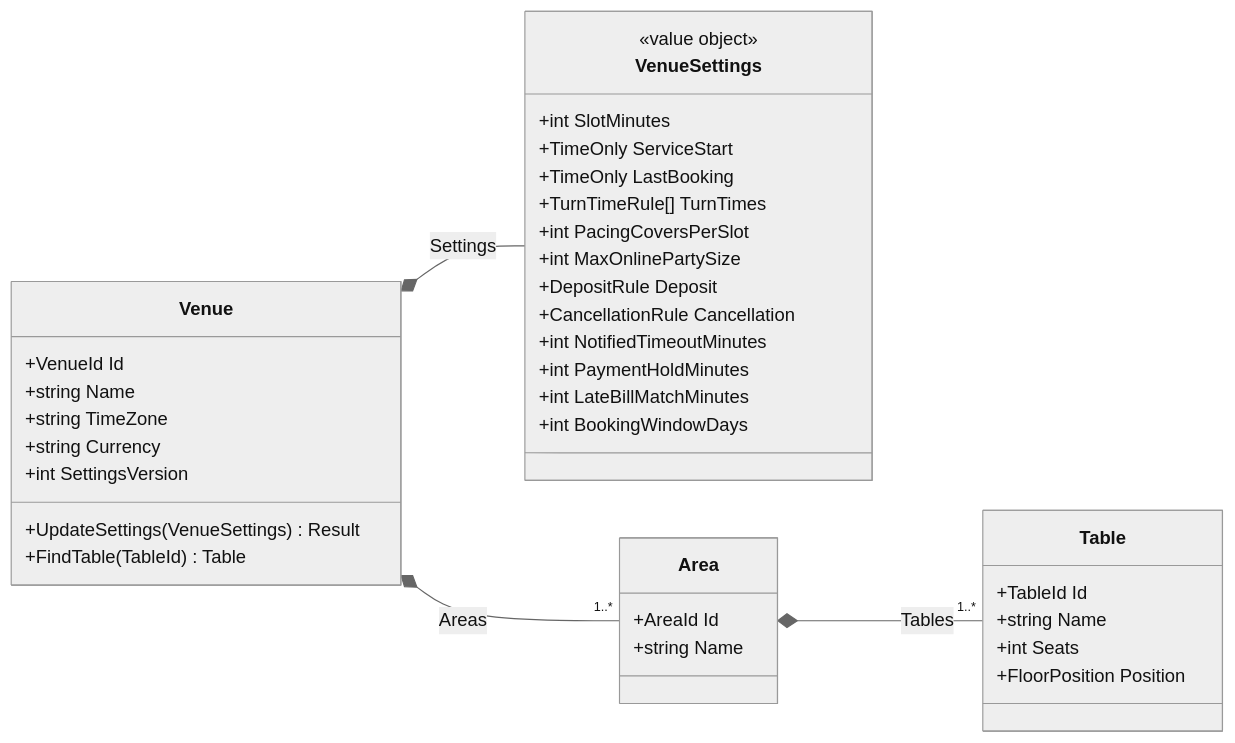
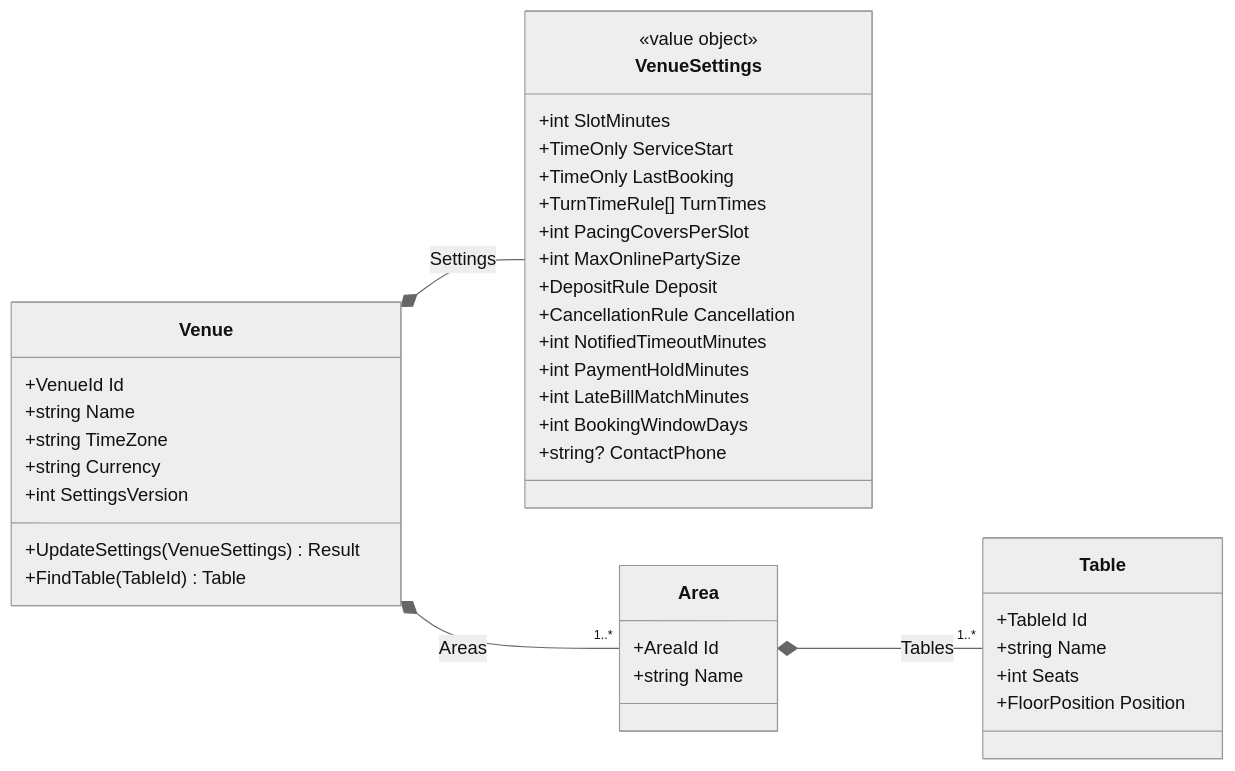
One commit to ring9834/TableReservation changed the second of 28 diagrams in docs/Design.md. Above: the diagram before and after it, drawn with Mermaid (neutral theme). The commit also changed other lines of this file and 89 other files, not shown here.

````diff
--- a/docs/Design.md
+++ b/docs/Design.md
@@ -162,41 +164,42 @@
 ```mermaid
 classDiagram
     direction LR
     class Venue {
         +VenueId Id
         +string Name
         +string TimeZone
         +string Currency
         +int SettingsVersion
         +UpdateSettings(VenueSettings) Result
         +FindTable(TableId) Table
     }
     class VenueSettings {
         <<value object>>
         +int SlotMinutes
         +TimeOnly ServiceStart
         +TimeOnly LastBooking
         +TurnTimeRule[] TurnTimes
         +int PacingCoversPerSlot
         +int MaxOnlinePartySize
         +DepositRule Deposit
         +CancellationRule Cancellation
         +int NotifiedTimeoutMinutes
         +int PaymentHoldMinutes
         +int LateBillMatchMinutes
         +int BookingWindowDays
+        +string? ContactPhone
     }
     class Area {
         +AreaId Id
         +string Name
     }
     class Table {
         +TableId Id
         +string Name
         +int Seats
         +FloorPosition Position
     }
     Venue *-- VenueSettings : Settings
     Venue *-- "1..*" Area : Areas
     Area *-- "1..*" Table : Tables
 ```
````
